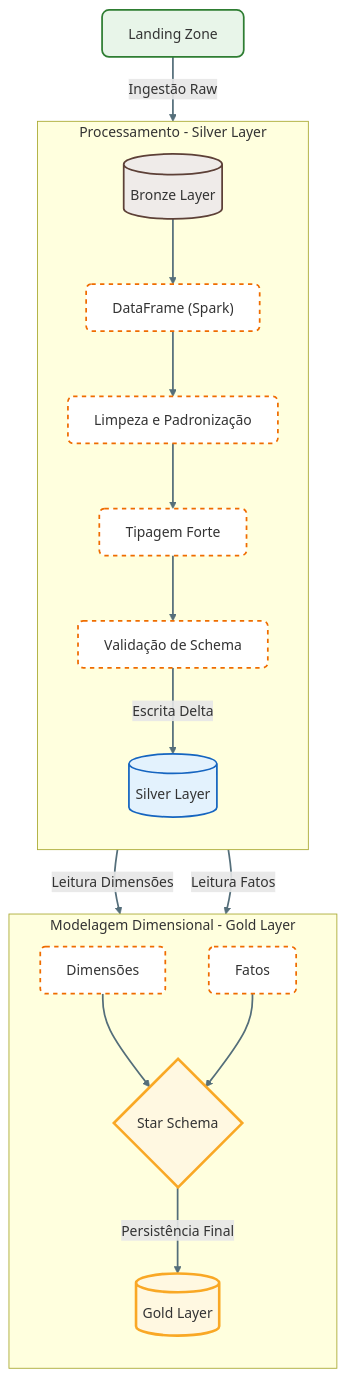
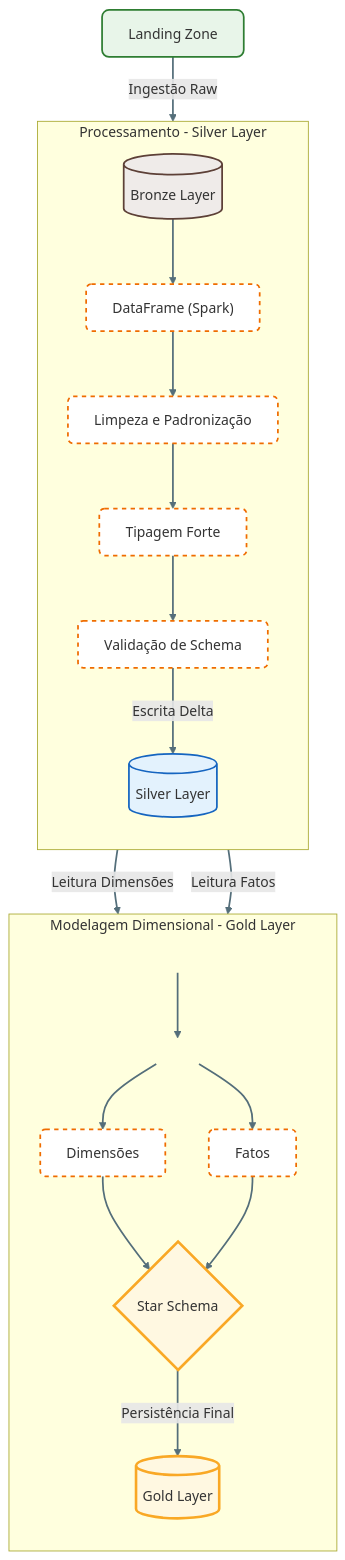
The second of 2 diagrams in docs/manual/04_arquitetura_detalhada.md (devdiasbr/databricks-challenge), drawn with Mermaid before and after one commit.

Commit message:
docs: atualizacao manual diagrama arquitetura

````diff
--- a/docs/manual/04_arquitetura_detalhada.md
+++ b/docs/manual/04_arquitetura_detalhada.md
@@ -116,48 +116,55 @@
 ```mermaid
 flowchart TD
     %% =========================
     %% DEFINIÇÃO DE ESTILOS
     %% =========================
     classDef landing fill:#e8f5e9,stroke:#2e7d32,stroke-width:2px,rx:8,ry:8;
     classDef bronze fill:#efebe9,stroke:#5d4037,stroke-width:2px,rx:6,ry:6;
     classDef silver fill:#e3f2fd,stroke:#1565c0,stroke-width:2px,rx:6,ry:6;
     classDef gold fill:#fff8e1,stroke:#f9a825,stroke-width:3px,rx:10,ry:10;
     classDef process fill:#ffffff,stroke:#ef6c00,stroke-width:2px,stroke-dasharray: 5 5,rx:6,ry:6;
+    classDef spacer fill:transparent,stroke:transparent;
 
     %% =========================
     %% LANDING / BRONZE
     %% =========================
     LZ[Landing Zone]:::landing -->|Ingestão Raw| BR[(Bronze Layer)]:::bronze
 
     %% =========================
     %% SILVER
     %% =========================
     subgraph SILVER [Processamento - Silver Layer]
-
         direction TB
         BR --> DF["DataFrame (Spark)"]:::process
         DF --> CLEAN[Limpeza e Padronização]:::process
         CLEAN --> TYPE[Tipagem Forte]:::process
         TYPE --> VALID[Validação de Schema]:::process
         VALID -->|Escrita Delta| SL[(Silver Layer)]:::silver
     end
 
     %% =========================
     %% GOLD
     %% =========================
     subgraph GOLD [Modelagem Dimensional - Gold Layer]
-    
-    
         direction TB
+
+        SPACE1[ ]:::spacer
+        SPACE2[ ]:::spacer
+
+        SPACE1 --> SPACE2
+        SPACE2 --> DIMS
+        SPACE2 --> FACT
+
         SL -->|Leitura Dimensões| DIMS[Dimensões]:::process
         SL -->|Leitura Fatos| FACT[Fatos]:::process
+
         DIMS --> STAR{Star Schema}:::gold
         FACT --> STAR
         STAR -->|Persistência Final| GL[(Gold Layer)]:::gold
     end
 
     %% =========================
     %% ESTILO DAS CONEXÕES
     %% =========================
     linkStyle default stroke:#546e7a,stroke-width:2px;
 ```
````
